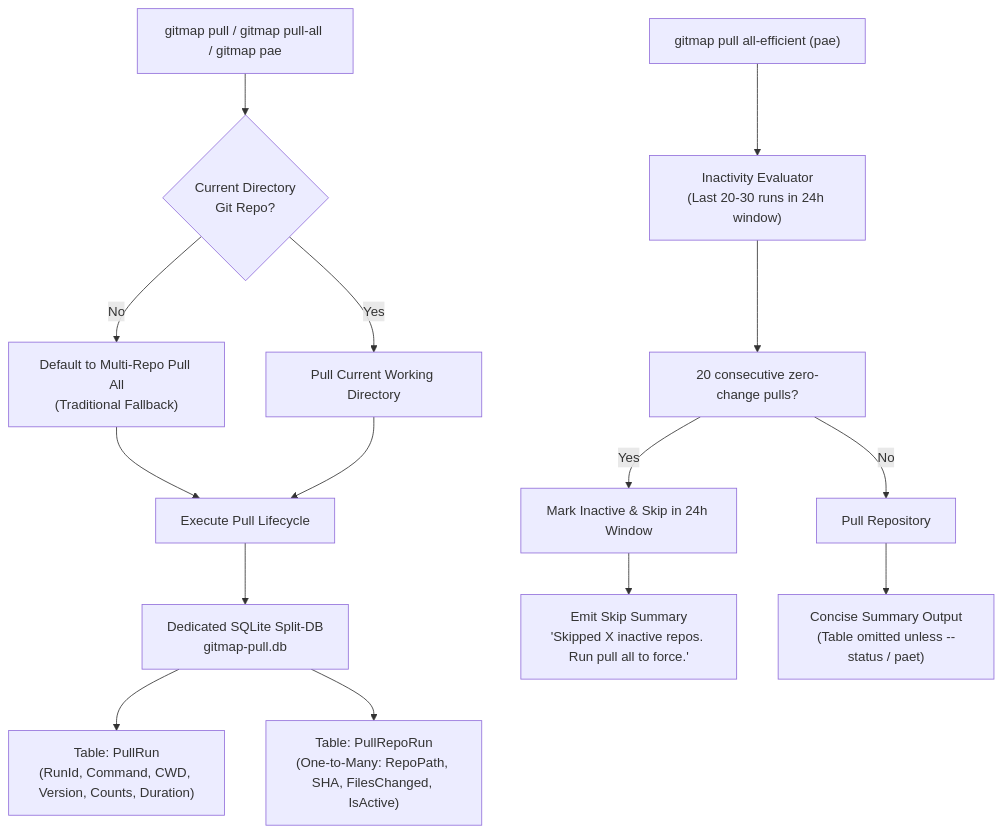
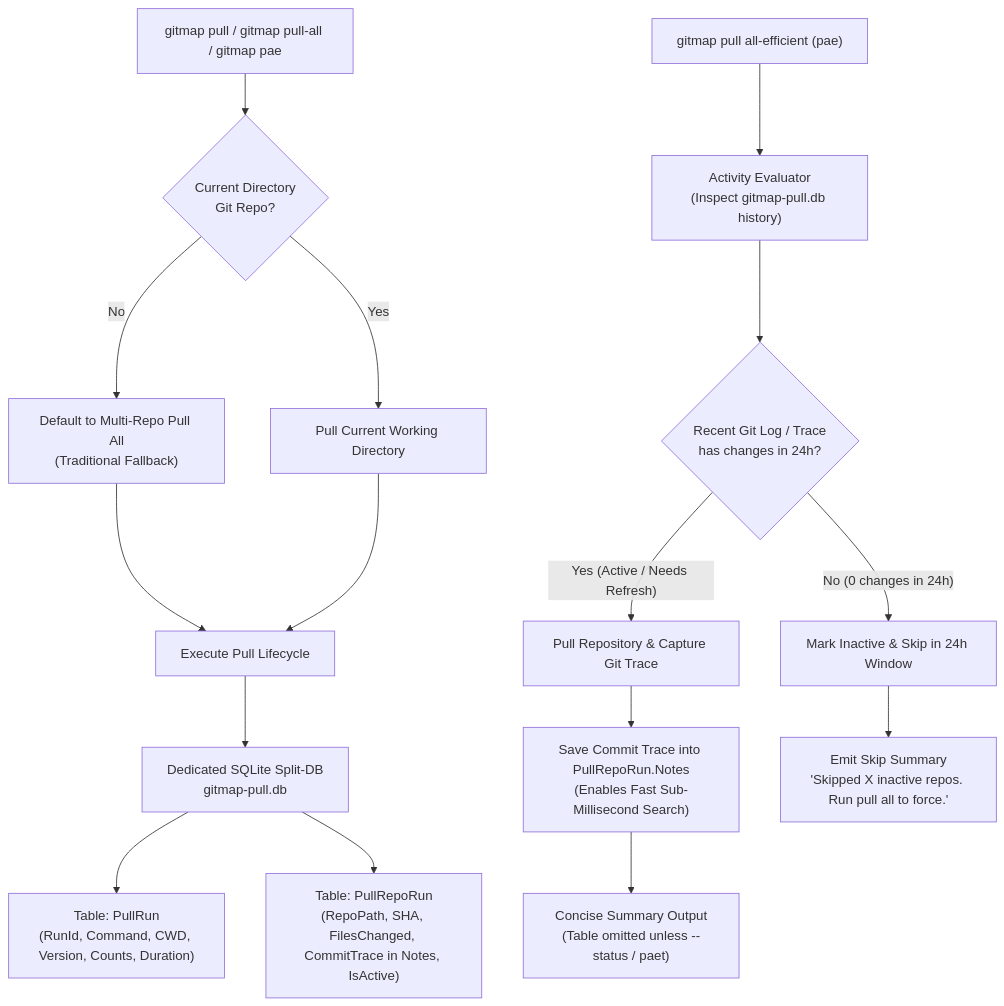
One commit to alimtvnetwork/gitmap-v28 changed the diagram in 02-spec/21-app/136-git-pull-efficient-and-split-database.md. Above: the diagram before and after it, drawn with Mermaid. The commit also changed other lines of this file and 466 other files, not shown here.

````diff
--- a/02-spec/21-app/136-git-pull-efficient-and-split-database.md
+++ b/02-spec/21-app/136-git-pull-efficient-and-split-database.md
@@ -28,21 +28,22 @@
 ```mermaid
 flowchart TD
     A["gitmap pull / gitmap pull-all / gitmap pae"] --> B{"Current Directory<br/>Git Repo?"}
     B -- "No" --> C["Default to Multi-Repo Pull All<br/>(Traditional Fallback)"]
     B -- "Yes" --> D["Pull Current Working Directory"]
     
     C --> E["Execute Pull Lifecycle"]
     D --> E
     
     E --> F["Dedicated SQLite Split-DB<br/>gitmap-pull.db"]
     F --> G["Table: PullRun<br/>(RunId, Command, CWD, Version, Counts, Duration)"]
-    F --> H["Table: PullRepoRun<br/>(One-to-Many: RepoPath, SHA, FilesChanged, IsActive)"]
+    F --> H["Table: PullRepoRun<br/>(RepoPath, SHA, FilesChanged, CommitTrace in Notes, IsActive)"]
     
-    I["gitmap pull all-efficient (pae)"] --> J["Inactivity Evaluator<br/>(Last 20-30 runs in 24h window)"]
-    J --> K["20 consecutive zero-change pulls?"]
-    K -- "Yes" --> L["Mark Inactive & Skip in 24h Window"]
-    K -- "No" --> M["Pull Repository"]
+    I["gitmap pull all-efficient (pae)"] --> J["Activity Evaluator<br/>(Inspect gitmap-pull.db history)"]
+    J --> K{"Recent Git Log / Trace<br/>has changes in 24h?"}
+    K -- "No (0 changes in 24h)" --> L["Mark Inactive & Skip in 24h Window"]
+    K -- "Yes (Active / Needs Refresh)" --> M["Pull Repository & Capture Git Trace"]
     
-    L --> N["Emit Skip Summary<br/>'Skipped X inactive repos. Run pull all to force.'"]
-    M --> O["Concise Summary Output<br/>(Table omitted unless --status / paet)"]
+    M --> N["Save Commit Trace into PullRepoRun.Notes<br/>(Enables Fast Sub-Millisecond Search)"]
+    L --> O["Emit Skip Summary<br/>'Skipped X inactive repos. Run pull all to force.'"]
+    N --> P["Concise Summary Output<br/>(Table omitted unless --status / paet)"]
 ```
````
